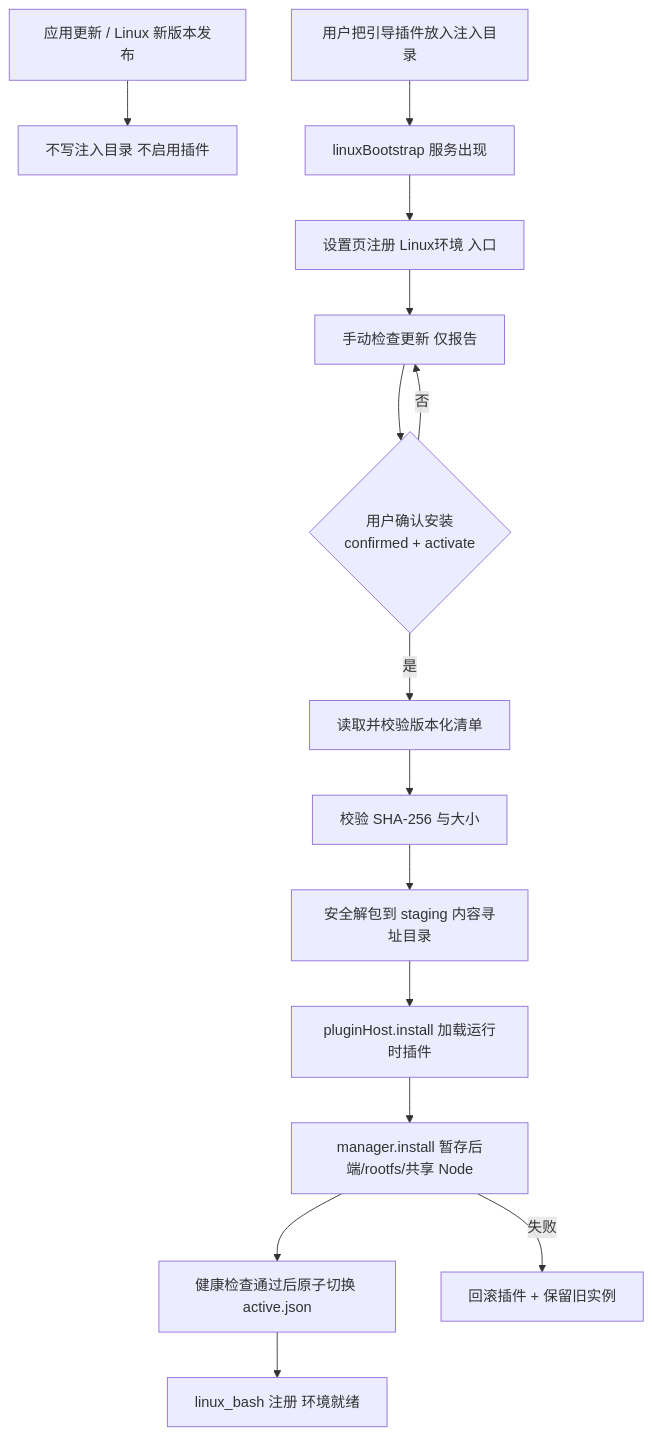
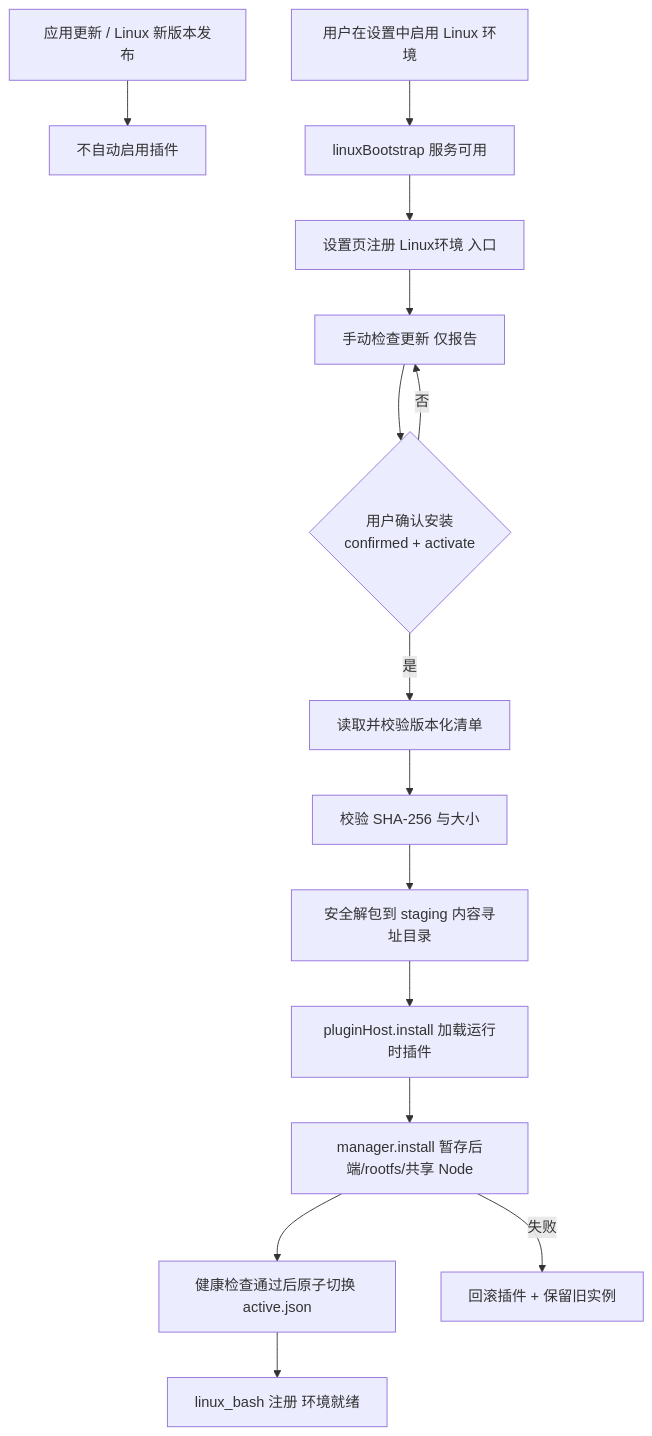
The second of 4 diagrams in docs/PLUGINS.md (kelai141/dsh-bionilux), drawn with Mermaid before and after one commit. The commit also changed other lines of this file and 14 other files, not shown here.

````diff
--- a/docs/PLUGINS.md
+++ b/docs/PLUGINS.md
@@ -35,17 +37,17 @@
 ```mermaid
 flowchart TD
-    A[应用更新 / Linux 新版本发布] --> B[不写注入目录 不启用插件]
-    C[用户把引导插件放入注入目录] --> D[linuxBootstrap 服务出现]
+    A[应用更新 / Linux 新版本发布] --> B[不自动启用插件]
+    C[用户在设置中启用 Linux 环境] --> D[linuxBootstrap 服务可用]
     D --> E[设置页注册 Linux环境 入口]
     E --> F[手动检查更新 仅报告]
     F --> G{用户确认安装<br/>confirmed + activate}
     G -->|否| F
     G -->|是| H[读取并校验版本化清单]
     H --> I[校验 SHA-256 与大小]
     I --> J[安全解包到 staging 内容寻址目录]
     J --> K[pluginHost.install 加载运行时插件]
     K --> L[manager.install 暂存后端/rootfs/共享 Node]
     L --> M[健康检查通过后原子切换 active.json]
     M --> N[linux_bash 注册 环境就绪]
     L -->|失败| O[回滚插件 + 保留旧实例]
 ```
````
